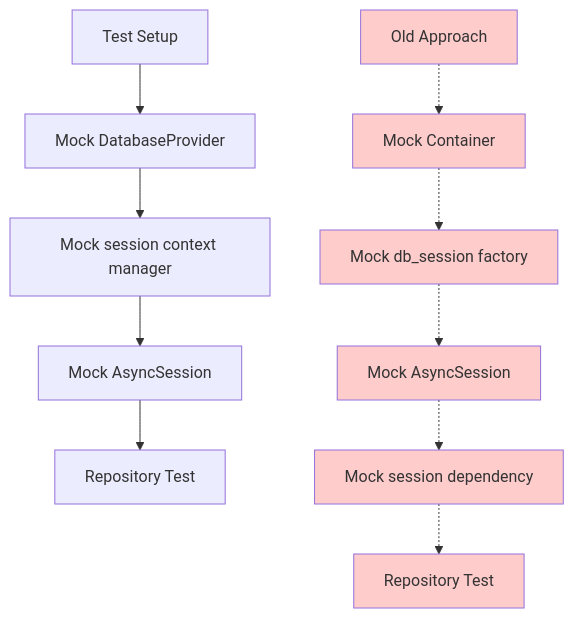
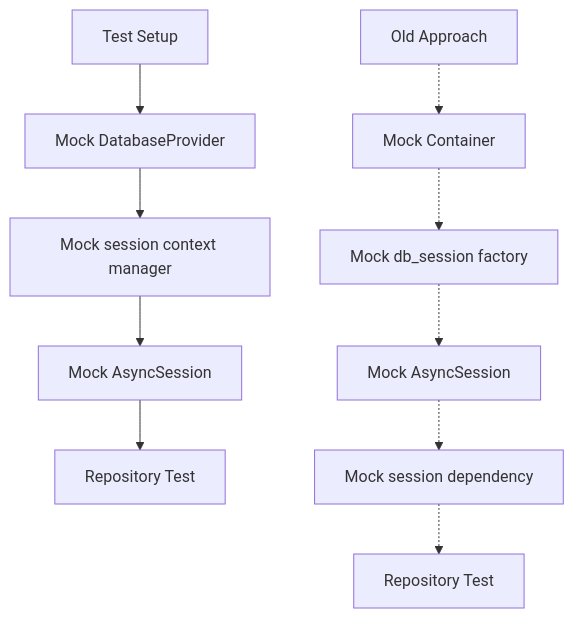
One commit to ELC/upskilling changed the seventh of 7 diagrams in docs/changes_from_subdive-services_to_refactor-session-management.md. Above: the diagram before and after it, drawn with Mermaid.

Commit message:
chore(docs): add changelog summary

````diff
--- a/docs/changes_from_subdive-services_to_refactor-session-management.md
+++ b/docs/changes_from_subdive-services_to_refactor-session-management.md
@@ -211,20 +211,13 @@
 ```mermaid
 graph TD
     A[Test Setup] --> B[Mock DatabaseProvider]
     B --> C[Mock session context manager]
     C --> D[Mock AsyncSession]
     D --> E[Repository Test]
     
     F[Old Approach] -.-> G[Mock Container]
     G -.-> H[Mock db_session factory]
     H -.-> I[Mock AsyncSession]
     I -.-> J[Mock session dependency]
     J -.-> K[Repository Test]
-    
-    style F fill:#ffcccc
-    style G fill:#ffcccc
-    style H fill:#ffcccc
-    style I fill:#ffcccc
-    style J fill:#ffcccc
-    style K fill:#ffcccc
 ```
````
